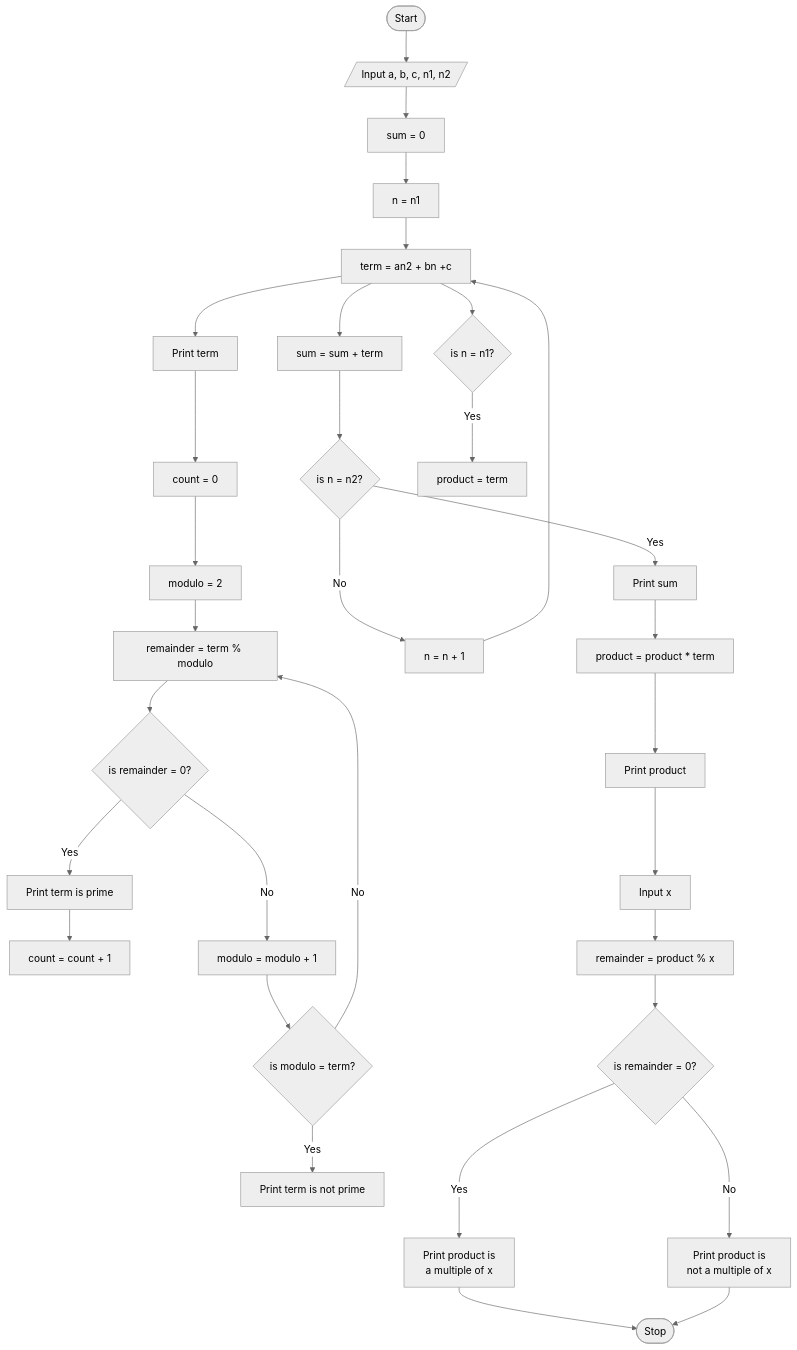
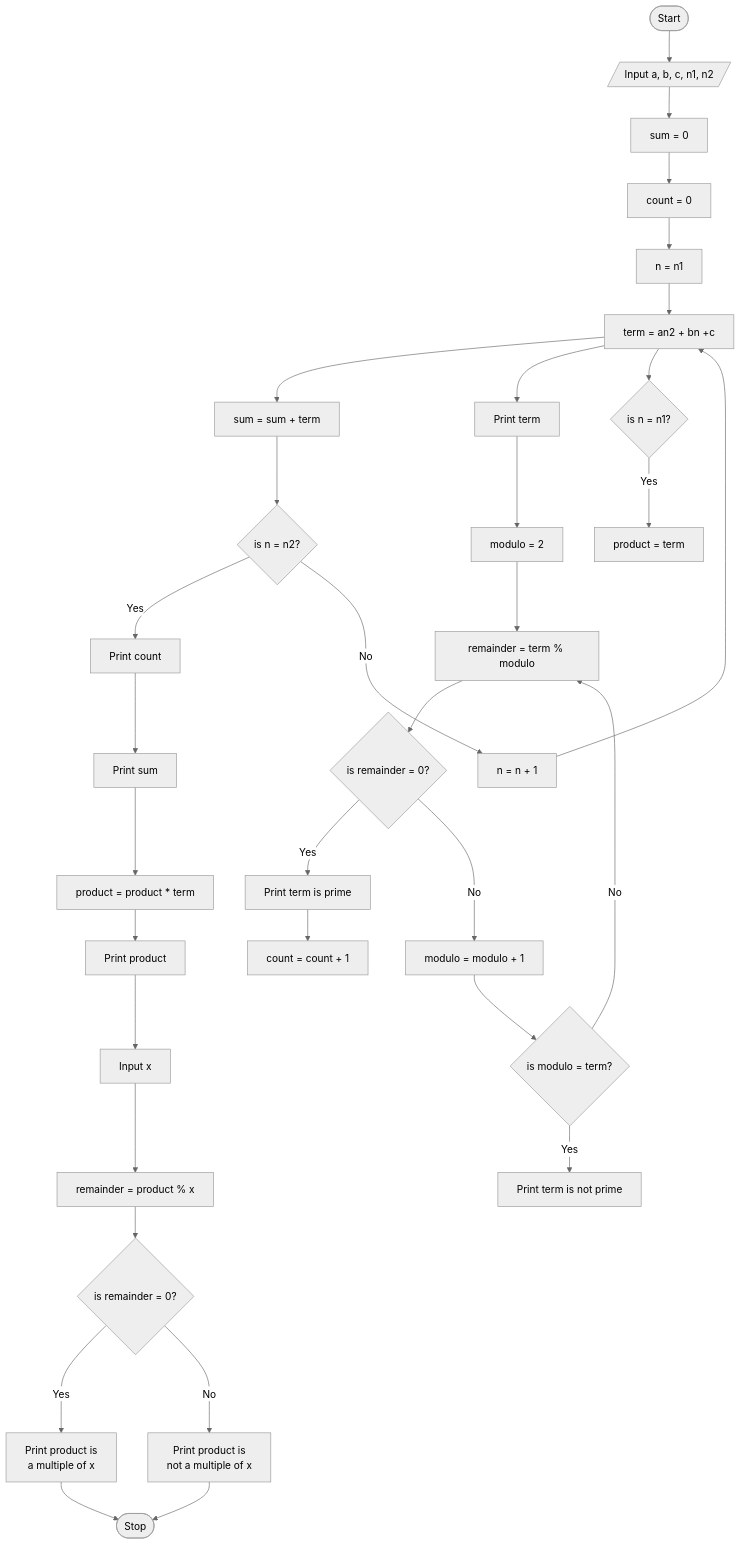
The diagram in flowchart/task3.md (gtugaw/comp1236project), drawn with Mermaid (neutral theme) before and after one commit.

Commit message:
added prime counter in task 3 flowchart

````diff
--- a/flowchart/task3.md
+++ b/flowchart/task3.md
@@ -2,49 +2,54 @@
 ```mermaid
 flowchart TB
     A([Start])
     A-->B[/Input a, b, c, n1, n2/]
     B-->C[sum = 0]
-    C-->D[n = n1]
+
+
+    CC-->D[n = n1]
     D-->E[term = an2 + bn +c]
     E-->F[sum = sum + term]
     E-->G[Print term]
 
-    G-->GG[count = 0]
-    GG-->GF[modulo = 2]
+    C-->CC[count = 0]
+    G-->GF[modulo = 2]
     GF-->GH[remainder = term % modulo]
     GH-->GI{is remainder = 0?}
     GI--Yes-->GJ[Print term is prime]
     GJ-->GK[count = count + 1]
 
     GI--Noo-->GL[modulo = modulo + 1]
     GL-->GM{is modulo = term?}
     GM--Yes-->GN[Print term is not prime]
 
     GM--Noo-->GH
 
 
 
 
 
     F-->H{is n = n2?}
+
+    H--Yes-->GO[Print count]
+
     H--Noo-->I[n = n + 1]
     I-->E
     J-->K[product = product * term]
     K-->L[Print product]
-    H--Yes-->J[Print sum]
+    GO-->J[Print sum]
     
 
     E-->N{is n = n1?}
     N--Yes-->P[product = term]
 
     L-->Q[Input x]
     Q-->R[remainder = product % x]
     R-->S{is remainder = 0?}
     S--Yes-->T[Print product is 
     a multiple of x]
     S--Noo-->U[Print product is 
     not a multiple of x]
 
     T-->V([Stop])
     U-->V
 ```
````
